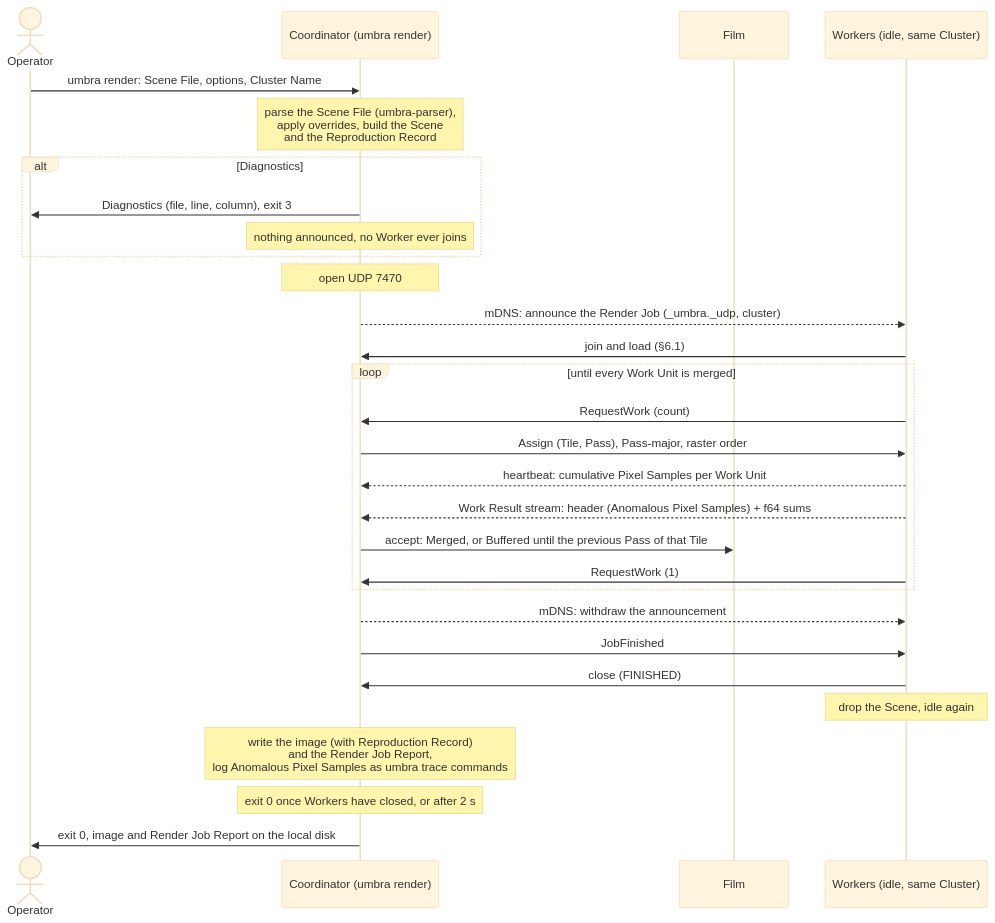
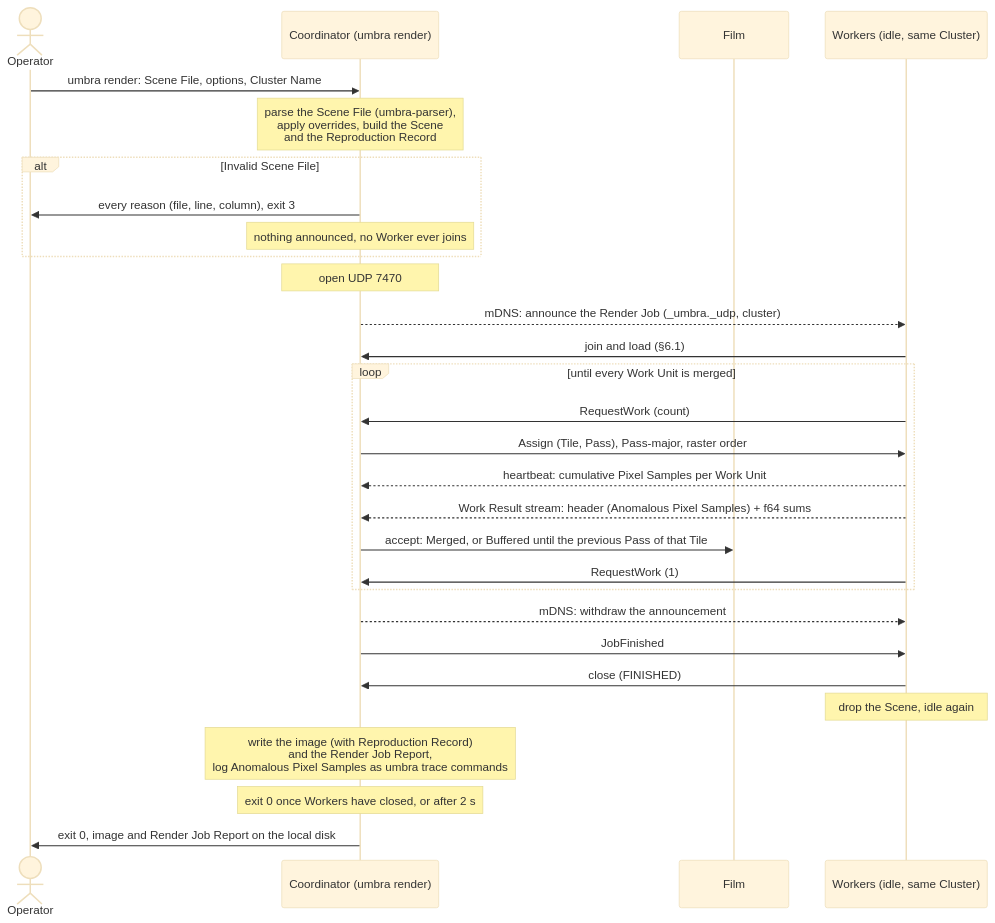
Before and after one commit to sergioffpc/umbra: the second of 6 diagrams in docs/architecture/06-runtime-view.md, drawn with Mermaid (base theme). The commit also changed other lines of this file and 9 other files, not shown here.

First line of the commit message:
docs(glossary): rename diagnostics to invalid scene file

````diff
--- a/docs/architecture/06-runtime-view.md
+++ b/docs/architecture/06-runtime-view.md
@@ -49,31 +49,31 @@
 ```mermaid
 sequenceDiagram
     actor O as Operator
     participant C as Coordinator (umbra render)
     participant F as Film
     participant W as Workers (idle, same Cluster)
     O->>C: umbra render: Scene File, options, Cluster Name
     Note over C: parse the Scene File (umbra-parser),<br/>apply overrides, build the Scene<br/>and the Reproduction Record
-    alt Diagnostics
-        C->>O: Diagnostics (file, line, column), exit 3
+    alt Invalid Scene File
+        C->>O: every reason (file, line, column), exit 3
         Note over C: nothing announced, no Worker ever joins
     end
     Note over C: open UDP 7470
     C-->>W: mDNS: announce the Render Job (_umbra._udp, cluster)
     W->>C: join and load (§6.1)
     loop until every Work Unit is merged
         W->>C: RequestWork (count)
         C->>W: Assign (Tile, Pass), Pass-major, raster order
         W-->>C: heartbeat: cumulative Pixel Samples per Work Unit
         W-->>C: Work Result stream: header (Anomalous Pixel Samples) + f64 sums
         C->>F: accept: Merged, or Buffered until the previous Pass of that Tile
         W->>C: RequestWork (1)
     end
     C-->>W: mDNS: withdraw the announcement
     C->>W: JobFinished
     W->>C: close (FINISHED)
     Note over W: drop the Scene, idle again
     Note over C: write the image (with Reproduction Record)<br/>and the Render Job Report,<br/>log Anomalous Pixel Samples as umbra trace commands
     Note over C: exit 0 once Workers have closed, or after 2 s
     C->>O: exit 0, image and Render Job Report on the local disk
 ```
````
